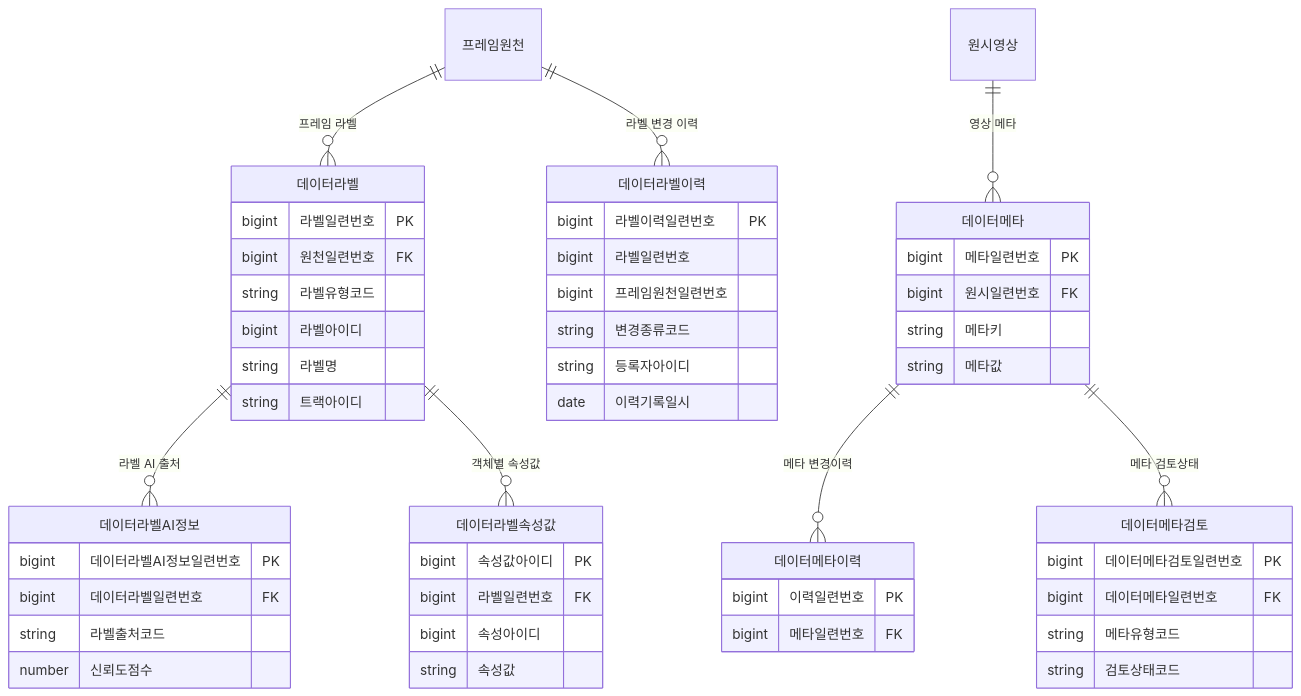
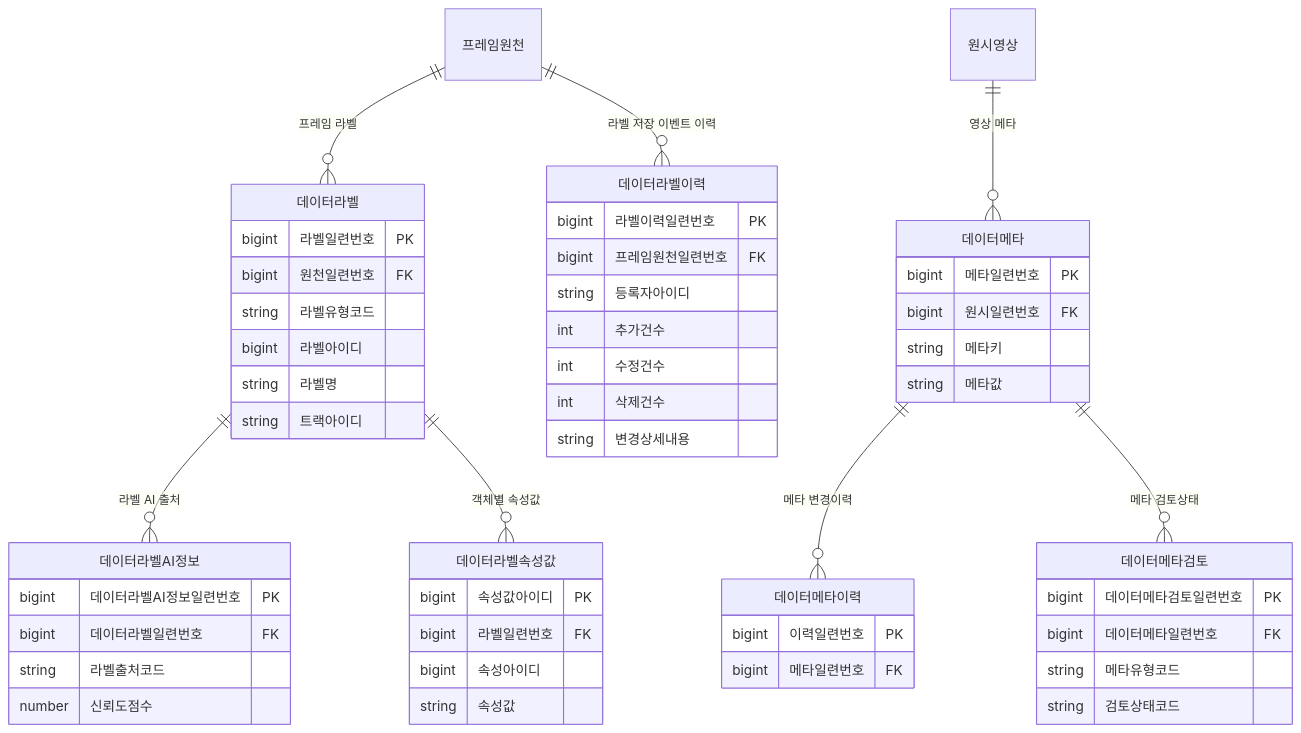
The second of 14 diagrams in docs/design/D8-엔티티관계모형설계서.md (New-stella/klid-label), drawn with Mermaid before and after one commit. The commit also changed other lines of this file and 36 other files, not shown here.

````diff
--- a/docs/design/D8-엔티티관계모형설계서.md
+++ b/docs/design/D8-엔티티관계모형설계서.md
@@ -100,61 +101,62 @@
 ```mermaid
 erDiagram
     프레임원천 ||--o{ 데이터라벨 : "프레임 라벨"
     데이터라벨 ||--o{ 데이터라벨AI정보 : "라벨 AI 출처"
     데이터라벨 ||--o{ 데이터라벨속성값 : "객체별 속성값"
     원시영상 ||--o{ 데이터메타 : "영상 메타"
     데이터메타 ||--o{ 데이터메타이력 : "메타 변경이력"
     데이터메타 ||--o{ 데이터메타검토 : "메타 검토상태"
-    프레임원천 ||--o{ 데이터라벨이력 : "라벨 변경 이력"
+    프레임원천 ||--o{ 데이터라벨이력 : "라벨 저장 이벤트 이력"
     데이터라벨 {
         %% class: LsDataLbl (KLID-AT-DC-073)
         bigint 라벨일련번호 PK
         bigint 원천일련번호 FK
         string 라벨유형코드
         bigint 라벨아이디
         string 라벨명
         string 트랙아이디
     }
     데이터라벨AI정보 {
         %% class: LsDataLblAiInfo (KLID-AT-DC-078)
         bigint 데이터라벨AI정보일련번호 PK
         bigint 데이터라벨일련번호 FK
         string 라벨출처코드
         number 신뢰도점수
     }
     데이터라벨속성값 {
         %% class: LsDataLblAttrVal (KLID-AT-DC-074)
         bigint 속성값아이디 PK
         bigint 라벨일련번호 FK
         bigint 속성아이디
         string 속성값
     }
     데이터메타 {
         %% class: LsDataMeta (KLID-AT-DC-044)
         bigint 메타일련번호 PK
         bigint 원시일련번호 FK
         string 메타키
         string 메타값
     }
     데이터메타이력 {
         %% class: - ※ (D1 미정의 · 부속/이력 엔티티)
         bigint 이력일련번호 PK
         bigint 메타일련번호 FK
     }
     데이터메타검토 {
         %% class: LsDataMetaReview (KLID-AT-DC-112)
         bigint 데이터메타검토일련번호 PK
         bigint 데이터메타일련번호 FK
         string 메타유형코드
         string 검토상태코드
     }
     데이터라벨이력 {
         %% class: LsDataLblHstry (KLID-AT-DC-093)
         bigint 라벨이력일련번호 PK
-        bigint 라벨일련번호
-        bigint 프레임원천일련번호
-        string 변경종류코드
+        bigint 프레임원천일련번호 FK
         string 등록자아이디
-        date 이력기록일시
+        int 추가건수
+        int 수정건수
+        int 삭제건수
+        string 변경상세내용
     }
 ```
````
